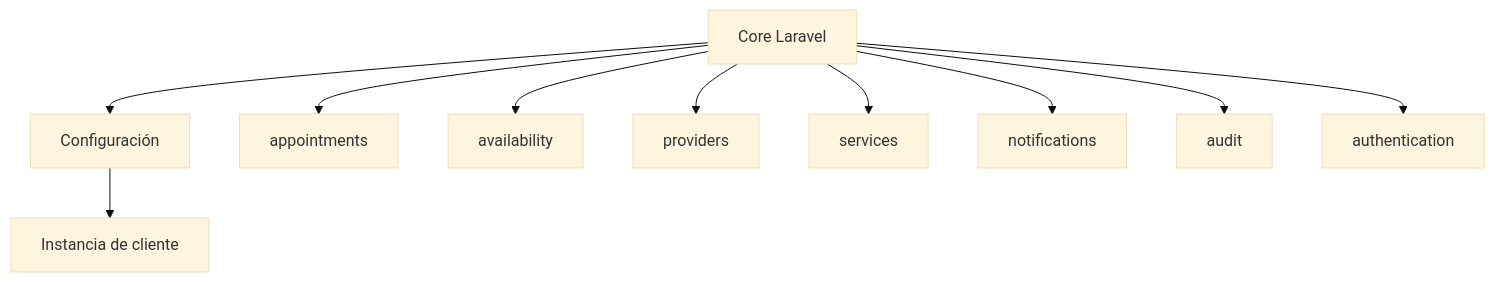
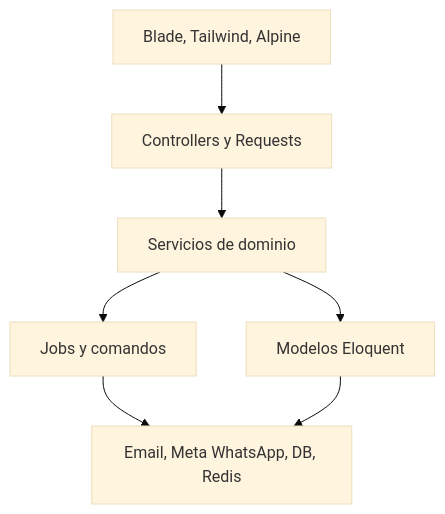
One commit to stefan-re-bl/appointments-kit changed the first of 3 diagrams in ARCHITECTURE.md. Above: the diagram before and after it, drawn with Mermaid (base theme). The commit also changed other lines of this file and 101 other files, not shown here.

Commit message:
Generalize appointments platform domain

````diff
--- a/ARCHITECTURE.md
+++ b/ARCHITECTURE.md
@@ -7,17 +9,16 @@
 ```mermaid
 flowchart TD
-    core["Core Laravel"]
-    config["Configuración"]
-    instance["Instancia de cliente"]
+    ui["Blade, Tailwind, Alpine"]
+    http["Controllers y Requests"]
+    domain["Servicios de dominio"]
+    models["Modelos Eloquent"]
+    jobs["Jobs y comandos"]
+    external["Email, Meta WhatsApp, DB, Redis"]
 
-    core --> config
-    config --> instance
-
-    core --> appointments["appointments"]
-    core --> availability["availability"]
-    core --> providers["providers"]
-    core --> services["services"]
-    core --> notifications["notifications"]
-    core --> audit["audit"]
-    core --> auth["authentication"]
+    ui --> http
+    http --> domain
+    domain --> models
+    domain --> jobs
+    jobs --> external
+    models --> external
 ```
````
